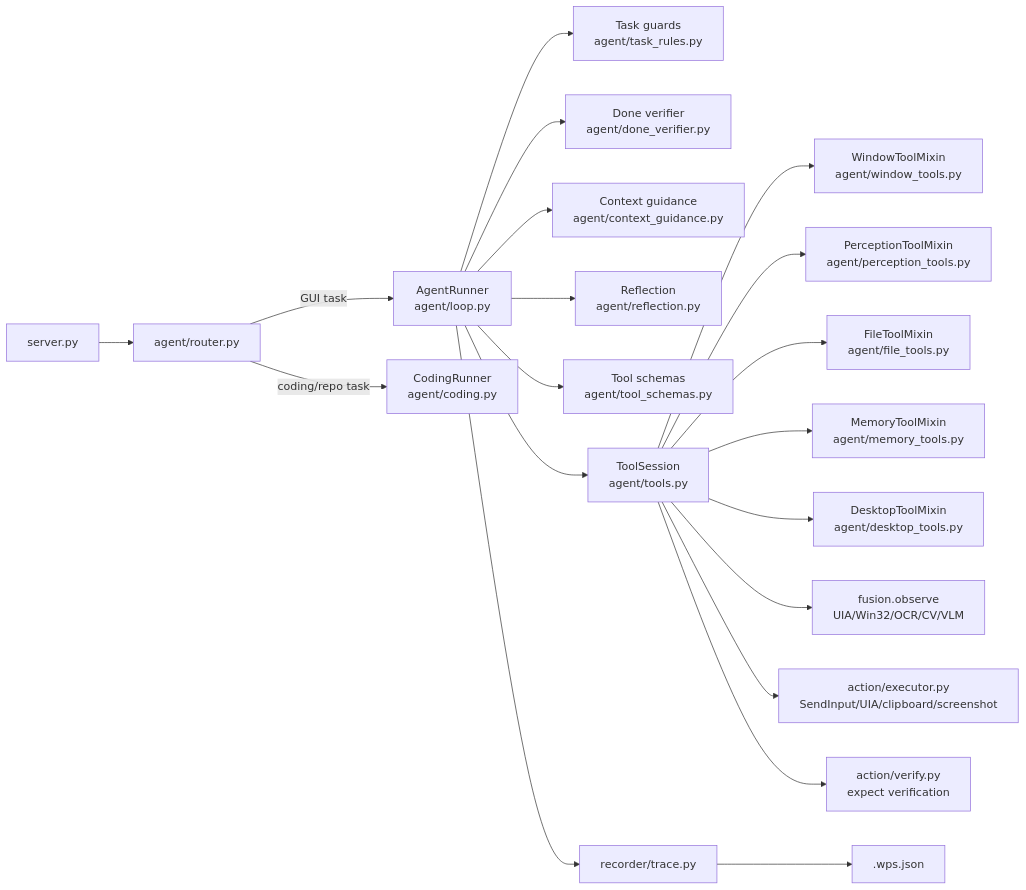
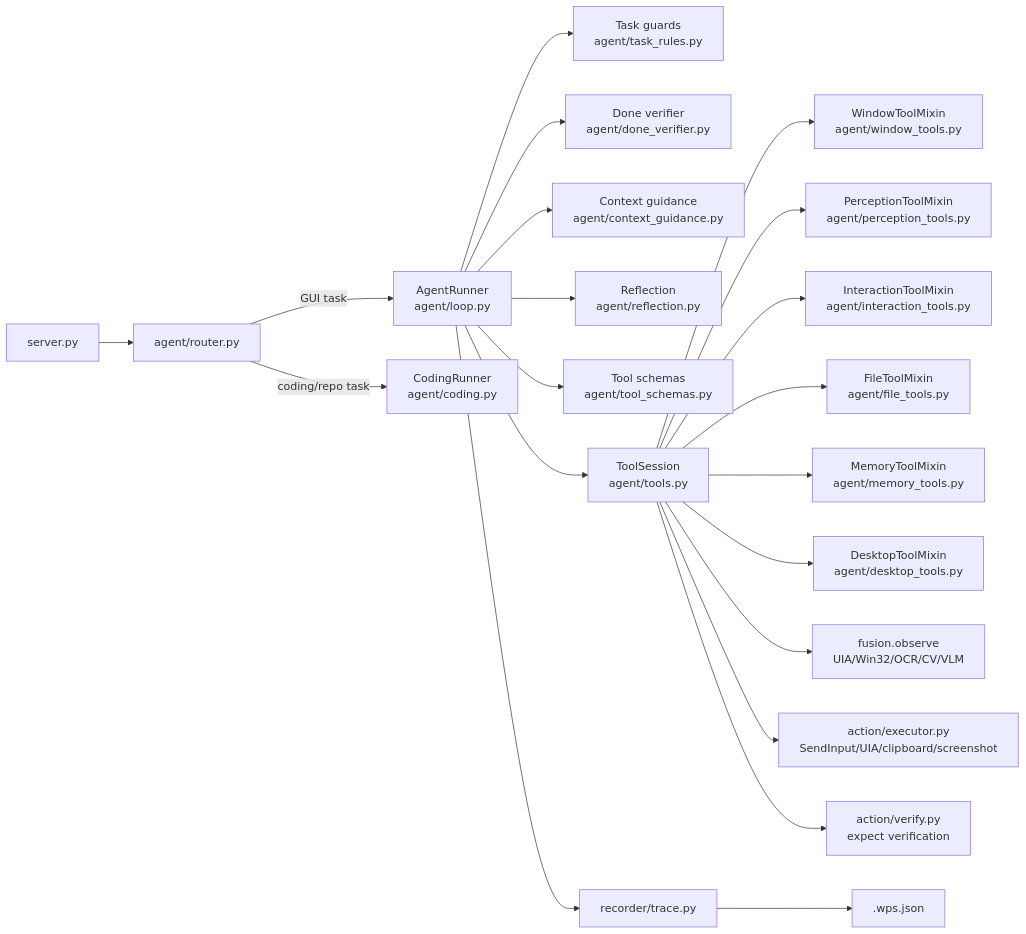
One commit to zoujiapeng/lingdong-script changed the second of 3 diagrams in docs/architecture.md. Above: the diagram before and after it, drawn with Mermaid. The commit also changed other lines of this file and 8 other files, not shown here.

Commit message:
refactor: split interaction tool handlers

````diff
--- a/docs/architecture.md
+++ b/docs/architecture.md
@@ -40,22 +40,23 @@
 ```mermaid
 flowchart LR
     server["server.py"] --> router["agent/router.py"]
     router -->|"GUI task"| loop["AgentRunner<br/>agent/loop.py"]
     router -->|"coding/repo task"| coding["CodingRunner<br/>agent/coding.py"]
     loop --> rules["Task guards<br/>agent/task_rules.py"]
     loop --> donev["Done verifier<br/>agent/done_verifier.py"]
     loop --> context["Context guidance<br/>agent/context_guidance.py"]
     loop --> reflect["Reflection<br/>agent/reflection.py"]
     loop --> schemas["Tool schemas<br/>agent/tool_schemas.py"]
     loop --> tools["ToolSession<br/>agent/tools.py"]
     tools --> windowtools["WindowToolMixin<br/>agent/window_tools.py"]
     tools --> perceptiontools["PerceptionToolMixin<br/>agent/perception_tools.py"]
+    tools --> interactiontools["InteractionToolMixin<br/>agent/interaction_tools.py"]
     tools --> filetools["FileToolMixin<br/>agent/file_tools.py"]
     tools --> memorytools["MemoryToolMixin<br/>agent/memory_tools.py"]
     tools --> desktoptools["DesktopToolMixin<br/>agent/desktop_tools.py"]
     tools --> fusion["fusion.observe<br/>UIA/Win32/OCR/CV/VLM"]
     tools --> action["action/executor.py<br/>SendInput/UIA/clipboard/screenshot"]
     tools --> verify["action/verify.py<br/>expect verification"]
     loop --> recorder["recorder/trace.py"]
     recorder --> wps[".wps.json"]
 ```
````
